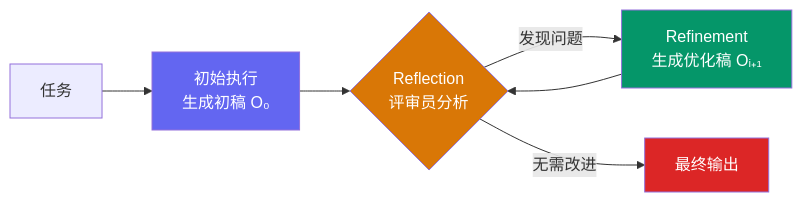
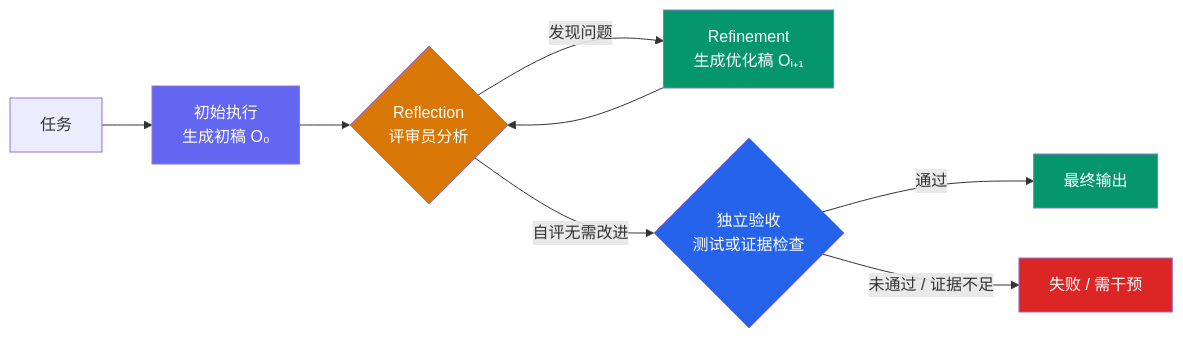
Before and after one commit to AmbitionC/front-end-journey-resource: the first of 4 diagrams in knowledge/llm/agent/agent-paradigms.md, drawn with Mermaid. The commit also changed other lines of this file and 104 other files, not shown here.

````diff
--- a/knowledge/llm/agent/agent-paradigms.md
+++ b/knowledge/llm/agent/agent-paradigms.md
@@ -36,13 +31,17 @@
 ```mermaid
 flowchart LR
-    T[任务] --> E[初始执行\n生成初稿 O₀]
-    E --> R{Reflection\n评审员分析}
-    R -- 发现问题 --> RF[Refinement\n生成优化稿 Oᵢ₊₁]
+    T[任务] --> E[初始执行<br/>生成初稿 O₀]
+    E --> R{Reflection<br/>评审员分析}
+    R -- 发现问题 --> RF[Refinement<br/>生成优化稿 Oᵢ₊₁]
     RF --> R
-    R -- 无需改进 --> DONE[最终输出]
+    R -- 自评无需改进 --> V{独立验收<br/>测试或证据检查}
+    V -- 通过 --> DONE[最终输出]
+    V -- 未通过 / 证据不足 --> STOP[失败 / 需干预]
 
     style E fill:#6366f1,color:#fff
     style R fill:#d97706,color:#fff
     style RF fill:#059669,color:#fff
-    style DONE fill:#dc2626,color:#fff
+    style V fill:#2563eb,color:#fff
+    style DONE fill:#059669,color:#fff
+    style STOP fill:#dc2626,color:#fff
 ```
````
